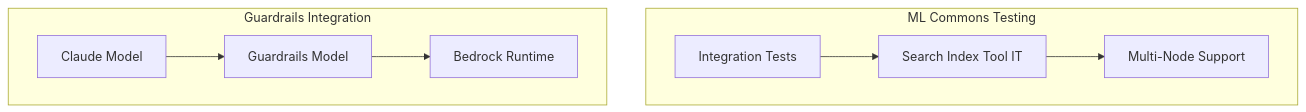
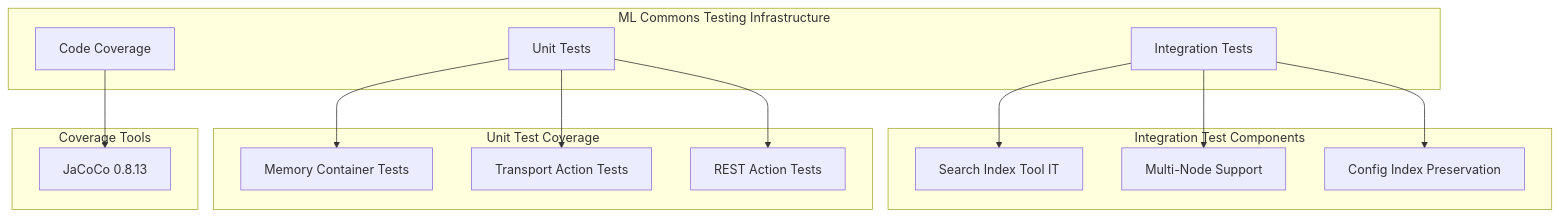
Before and after one commit to tkykenmt/opensearch-feature-explorer: the diagram in docs/features/ml-commons/ml-commons-test-fixes.md, drawn with Mermaid. The commit also changed other lines of this file and 2 other files, not shown here.

Commit message:
docs: add ml-commons-testing-coverage report for v3.2.0 (#1246)

````diff
--- a/docs/features/ml-commons/ml-commons-test-fixes.md
+++ b/docs/features/ml-commons/ml-commons-test-fixes.md
@@ -11,19 +11,32 @@
 ```mermaid
 graph TB
-    subgraph "ML Commons Testing"
+    subgraph "ML Commons Testing Infrastructure"
         IT[Integration Tests]
+        UT[Unit Tests]
+        COV[Code Coverage]
+    end
+    
+    subgraph "Integration Test Components"
         SIT[Search Index Tool IT]
         MN[Multi-Node Support]
+        CFG[Config Index Preservation]
     end
     
-    subgraph "Guardrails Integration"
-        GR[Guardrails Model]
-        BR[Bedrock Runtime]
-        CM[Claude Model]
+    subgraph "Unit Test Coverage"
+        MC[Memory Container Tests]
+        TR[Transport Action Tests]
+        REST[REST Action Tests]
+    end
+    
+    subgraph "Coverage Tools"
+        JAC[JaCoCo 0.8.13]
     end
     
     IT --> SIT
-    SIT --> MN
-    GR --> BR
-    CM --> GR
+    IT --> MN
+    IT --> CFG
+    UT --> MC
+    UT --> TR
+    UT --> REST
+    COV --> JAC
 ```
````
